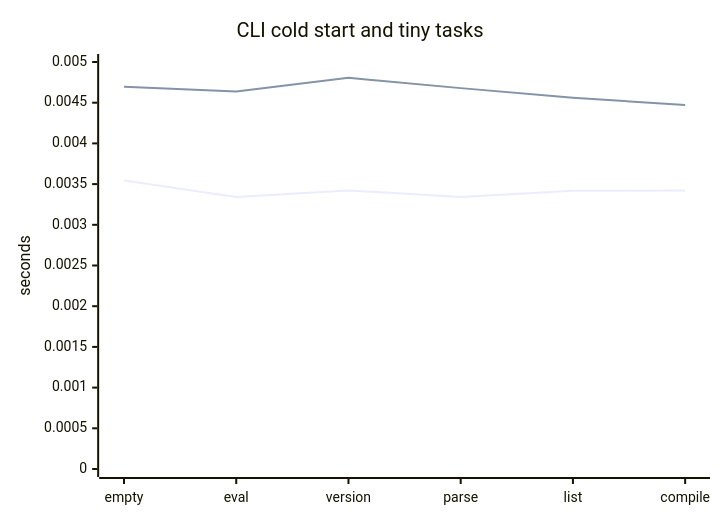
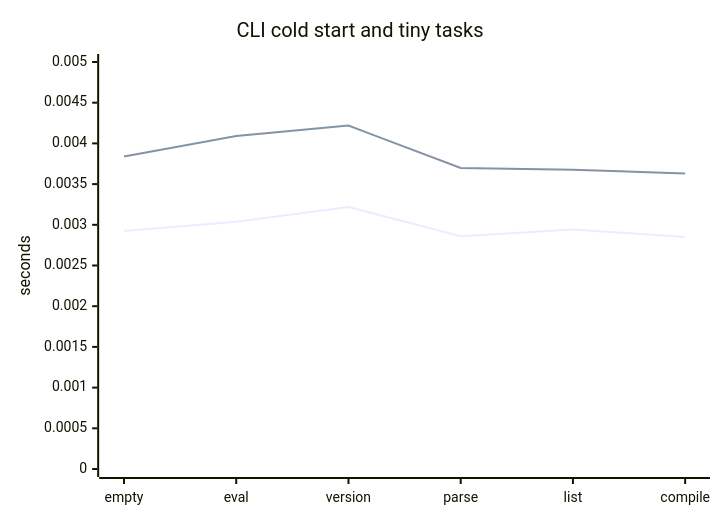
One commit to ZingYao/go-lua-vm changed the second of 2 diagrams in docs/BENCHMARK.md. Above: the diagram before and after it, drawn with Mermaid. The commit also changed other lines of this file, not shown here.

````diff
--- a/docs/BENCHMARK.md
+++ b/docs/BENCHMARK.md
@@ -155,8 +175,8 @@
 ```mermaid
 xychart-beta
     title "CLI cold start and tiny tasks"
     x-axis ["empty", "eval", "version", "parse", "list", "compile"]
     y-axis "seconds" 0 --> 0.005
-    line "official" [0.003543, 0.003343, 0.003422, 0.003341, 0.003419, 0.003420]
-    line "glua/gluac" [0.004696, 0.004637, 0.004805, 0.004679, 0.004561, 0.004471]
+    line "official" [0.002925, 0.003037, 0.003219, 0.002860, 0.002942, 0.002849]
+    line "glua/gluac" [0.003839, 0.004092, 0.004219, 0.003698, 0.003677, 0.003629]
 ```
````
